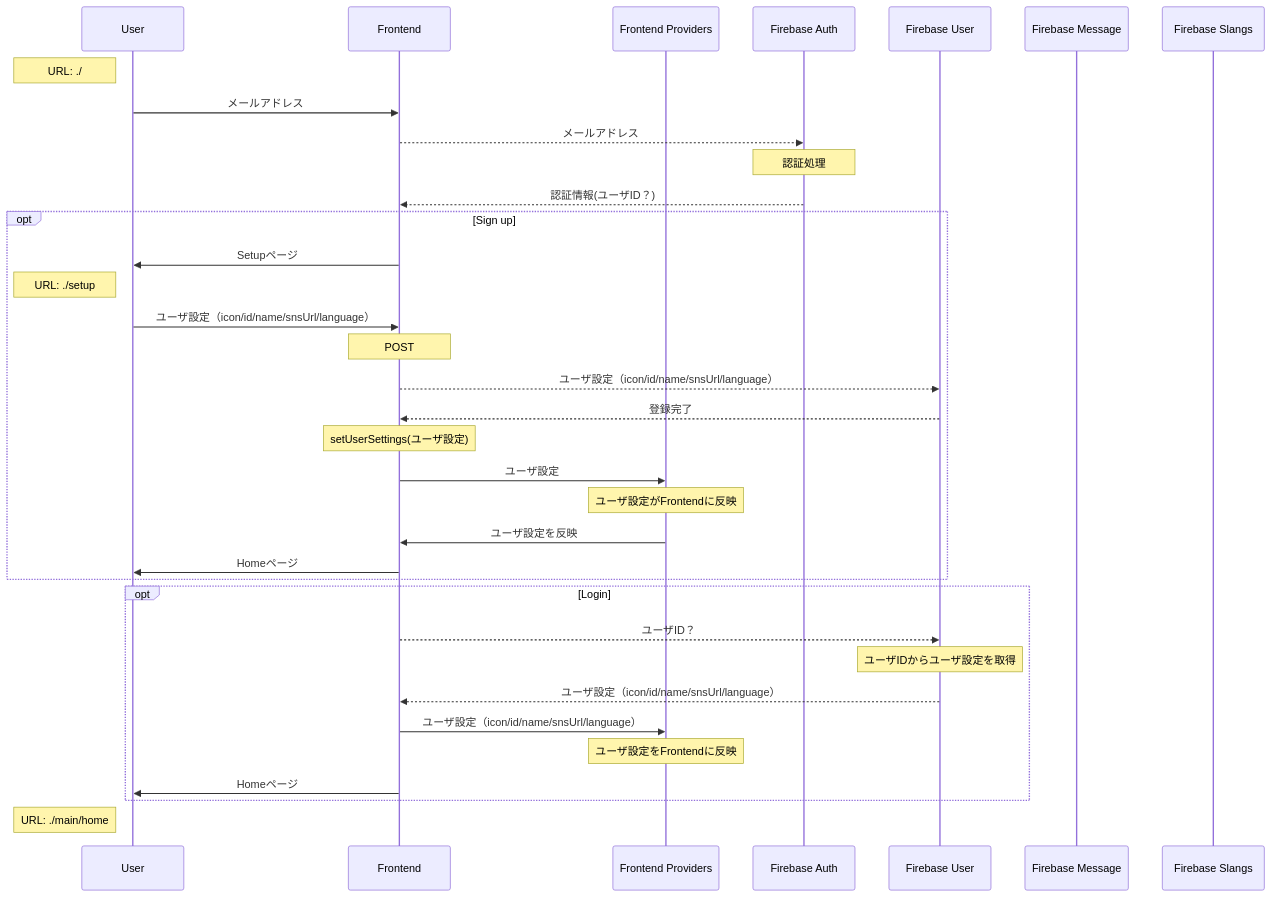
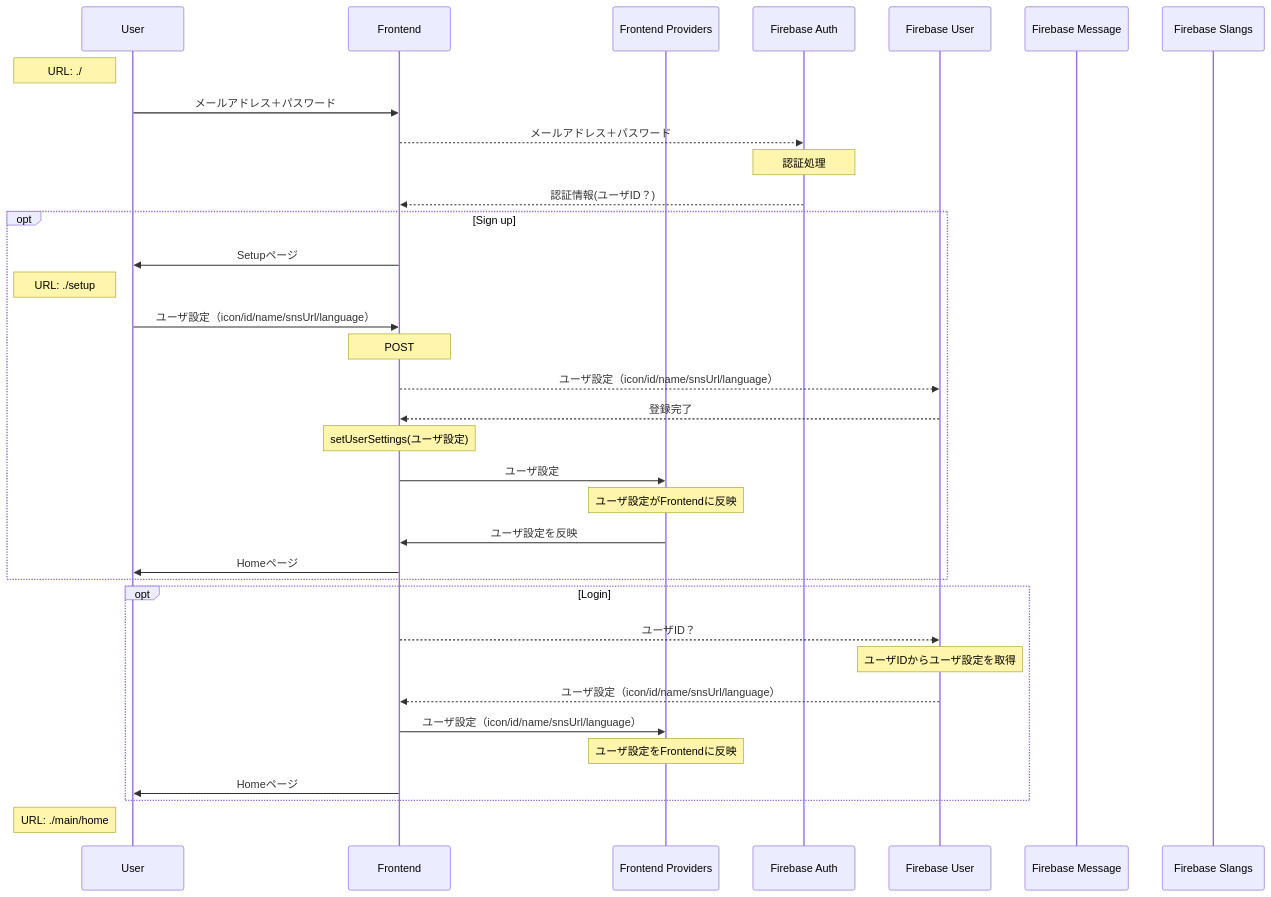
Before and after one commit to hirafish/emocha: the first of 3 diagrams in frontend/README.md, drawn with Mermaid.

````diff
--- a/frontend/README.md
+++ b/frontend/README.md
@@ -64,41 +64,41 @@
 ```mermaid
 sequenceDiagram
 
 participant User
 participant Frontend
 participant Frontend Providers
 participant Firebase Auth
 participant Firebase User
 participant Firebase Message
 participant Firebase Slangs
 
 Note left of User: URL: ./
-User ->> Frontend: メールアドレス
-Frontend -->> Firebase Auth: メールアドレス
+User ->> Frontend: メールアドレス＋パスワード
+Frontend -->> Firebase Auth: メールアドレス＋パスワード
 Note over Firebase Auth: 認証処理
 Firebase Auth -->> Frontend: 認証情報(ユーザID？)
 
 opt Sign up
 Frontend ->> User: Setupページ
 Note left of User: URL: ./setup
 User ->> Frontend: ユーザ設定（icon/id/name/snsUrl/language）
 Note over Frontend: POST
 Frontend -->> Firebase User: ユーザ設定（icon/id/name/snsUrl/language）
 Firebase User-->> Frontend: 登録完了
 Note over Frontend: setUserSettings(ユーザ設定)
 Frontend ->> Frontend Providers: ユーザ設定
 Note over Frontend Providers: ユーザ設定がFrontendに反映
 Frontend Providers ->> Frontend: ユーザ設定を反映
 Frontend ->> User: Homeページ
 end
 
 opt Login
 Frontend -->> Firebase User:ユーザID？
 Note over Firebase User: ユーザIDからユーザ設定を取得
 Firebase User -->> Frontend: ユーザ設定（icon/id/name/snsUrl/language）
 Frontend ->> Frontend Providers: ユーザ設定（icon/id/name/snsUrl/language）
 Note over Frontend Providers: ユーザ設定をFrontendに反映
 Frontend ->> User: Homeページ
 end
 Note left of User: URL: ./main/home
 ```
````
